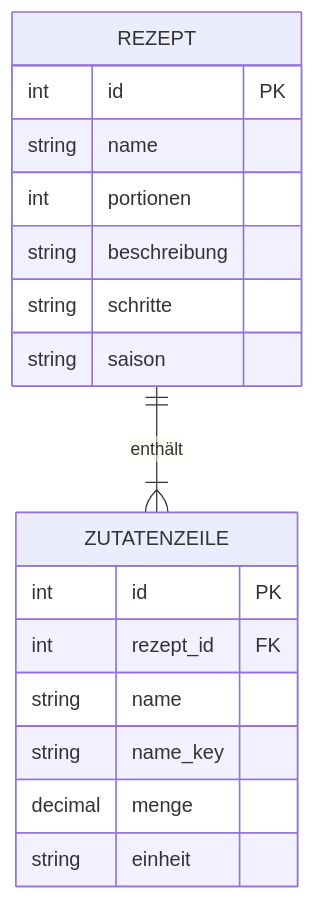
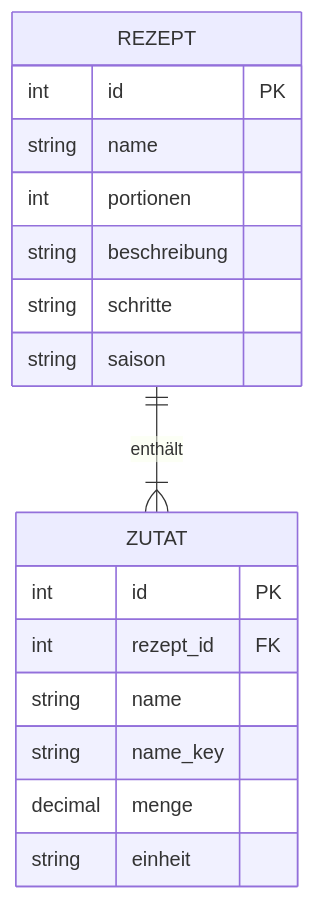
Before and after one commit to Hoylerma/SWT-Projekt: the diagram in docs/spec/data-model.md, drawn with Mermaid. The commit also changed other lines of this file, not shown here.

Commit message:
Rename 'Zutatenzeile' to 'Zutat' in data model

````diff
--- a/docs/spec/data-model.md
+++ b/docs/spec/data-model.md
@@ -20,20 +20,20 @@
 ```mermaid
 erDiagram
-    REZEPT ||--|{ ZUTATENZEILE : "enthält"
+    REZEPT ||--|{ ZUTAT : "enthält"
     REZEPT {
         int id PK
         string name
         int portionen
         string beschreibung
         string schritte
         string saison
     }
-    ZUTATENZEILE {
+    ZUTAT {
         int id PK
         int rezept_id FK
         string name
         string name_key
         decimal menge
         string einheit
     }
 ```
````
